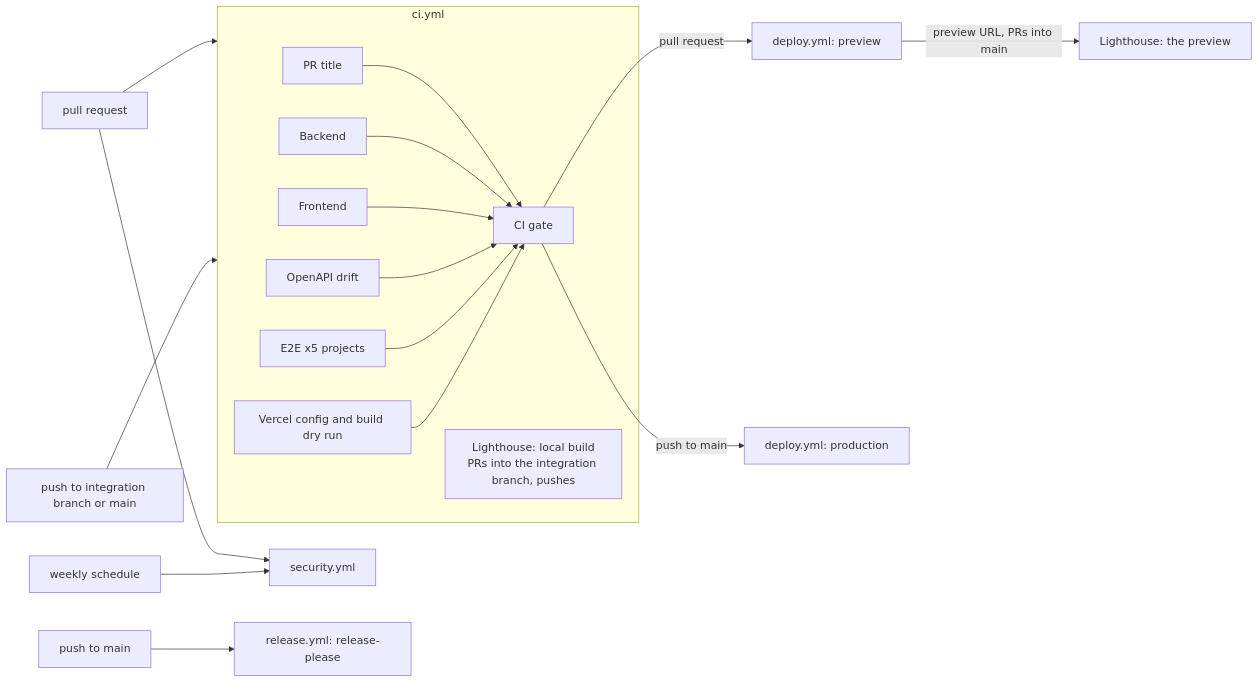
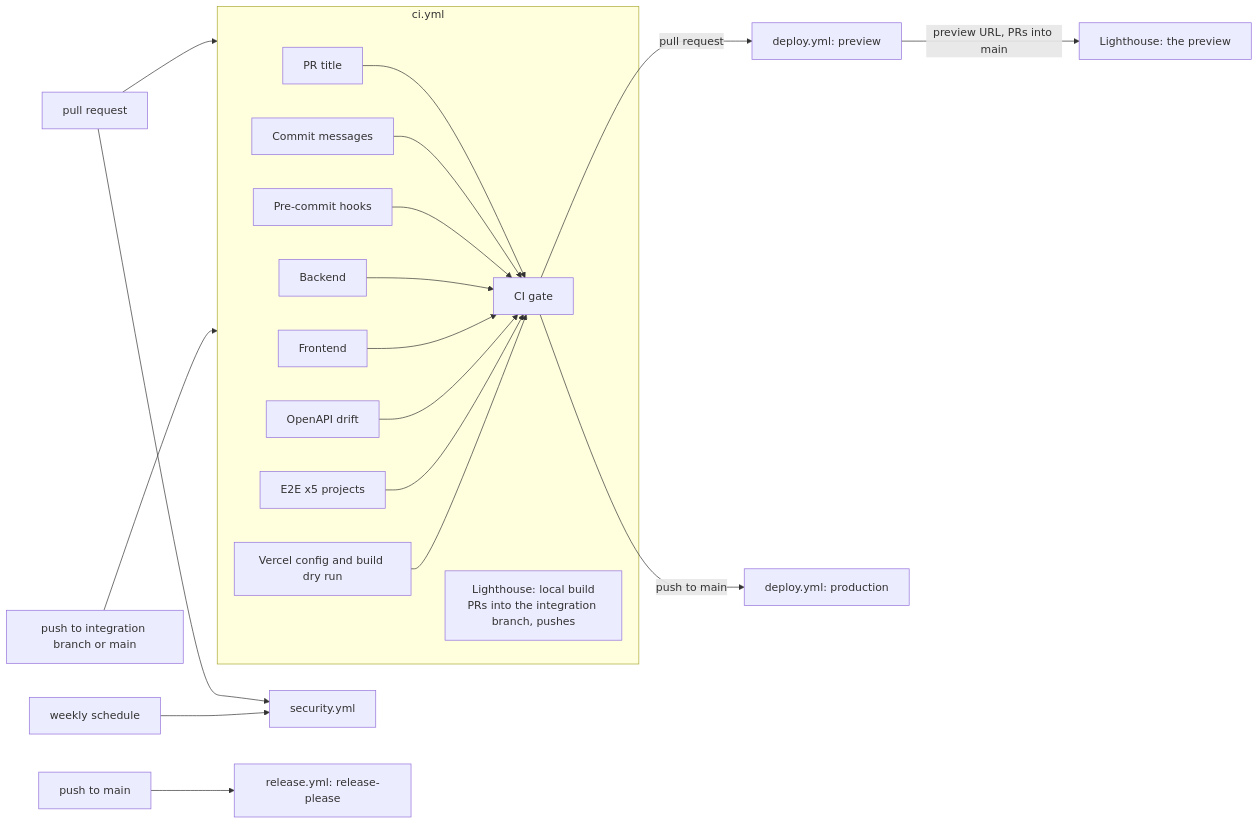
One commit to ar27111994/weather-aware-truck-routing changed the diagram in docs/CI-CD.md. Above: the diagram before and after it, drawn with Mermaid. The commit also changed other lines of this file and 1 other file, not shown here.

First line of the commit message:
docs: describe the commit and hook checks

````diff
--- a/docs/CI-CD.md
+++ b/docs/CI-CD.md
@@ -8,21 +8,23 @@
 ```mermaid
 flowchart LR
   PR[pull request] --> CI
   PUSH[push to integration branch or main] --> CI
   subgraph CI[ci.yml]
     T[PR title] --> G
+    CM[Commit messages] --> G
+    PH[Pre-commit hooks] --> G
     B[Backend] --> G
     F[Frontend] --> G
     O[OpenAPI drift] --> G
     E[E2E x5 projects] --> G
     V[Vercel config and build dry run] --> G
     G[CI gate]
     LHL[Lighthouse: local build<br/>PRs into the integration branch, pushes]
   end
   G -->|pull request| DP[deploy.yml: preview]
   G -->|push to main| DM[deploy.yml: production]
   DP -->|preview URL, PRs into main| LHP[Lighthouse: the preview]
   PR --> SEC[security.yml]
   WEEK[weekly schedule] --> SEC
   MAIN[push to main] --> REL[release.yml: release-please]
 ```
````
